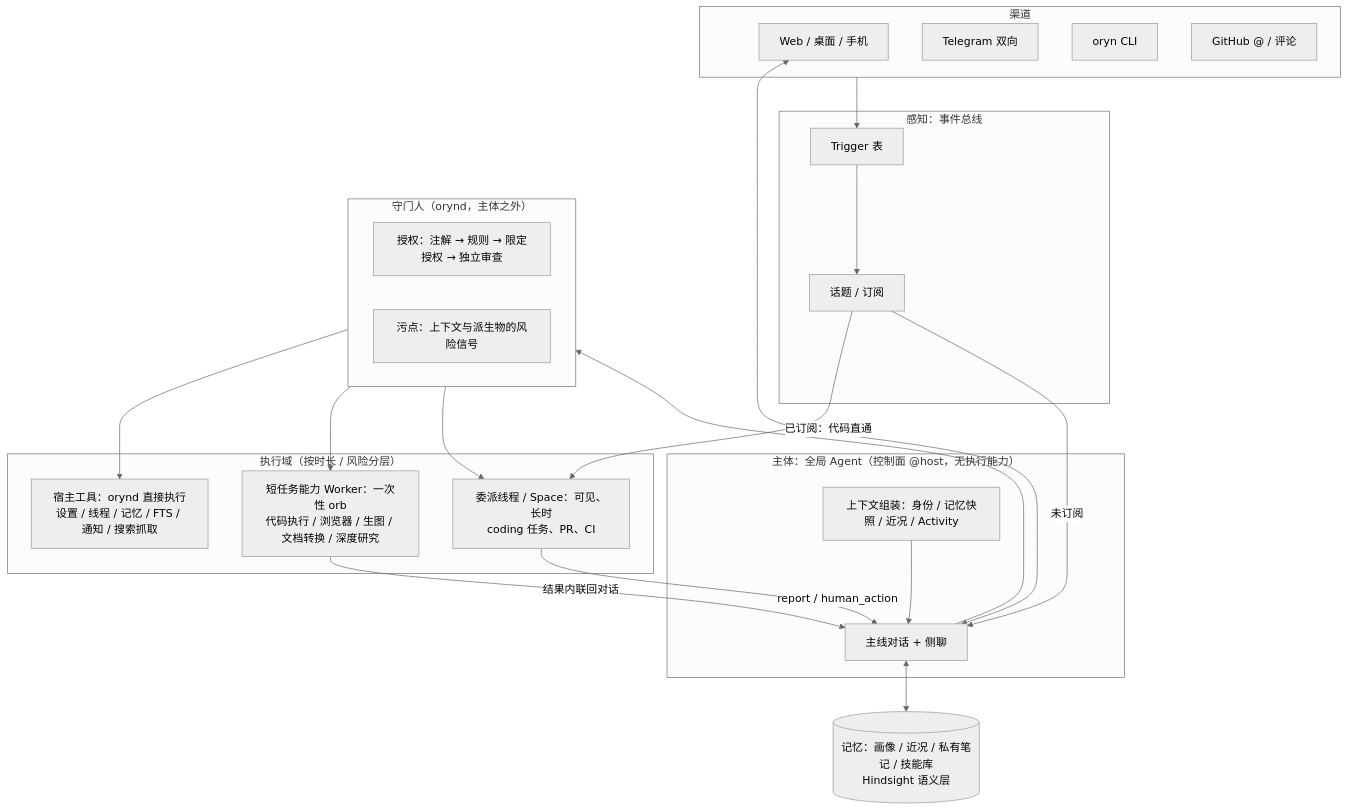
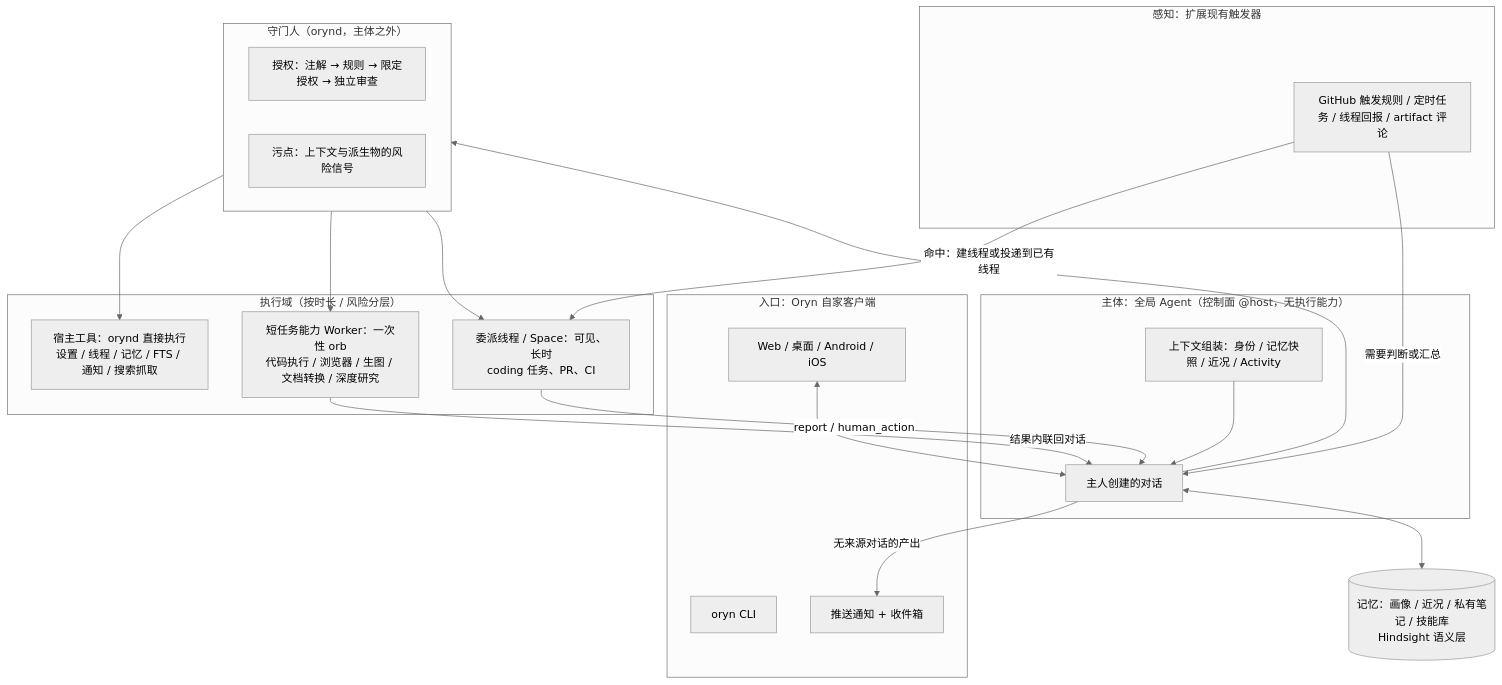
The diagram in docs/research/research-SuperAgent.md (Lynricsy/Oryn), drawn with Mermaid (neutral theme) before and after one commit. The commit also changed other lines of this file, not shown here.

````diff
--- a/docs/research/research-SuperAgent.md
+++ b/docs/research/research-SuperAgent.md
@@ -61,35 +70,34 @@
 ```mermaid
 flowchart TB
-  subgraph CH[渠道]
-    W[Web / 桌面 / 手机] 
-    TG[Telegram 双向]
+  subgraph CH[入口：Oryn 自家客户端]
+    W[Web / 桌面 / Android / iOS]
     CLI[oryn CLI]
-    GH[GitHub @ / 评论]
+    PUSH[推送通知 + 收件箱]
   end
-  subgraph EV[感知：事件总线]
-    TR[Trigger 表] --> TP[话题 / 订阅]
+  subgraph EV[感知：扩展现有触发器]
+    TR[GitHub 触发规则 / 定时任务 / 线程回报 / artifact 评论]
   end
   subgraph P[主体：全局 Agent（控制面 @host，无执行能力）]
-    MAIN[主线对话 + 侧聊]
+    MAIN[主人创建的对话]
     CTX[上下文组装：身份 / 记忆快照 / 近况 / Activity]
   end
   subgraph AUTH[守门人（orynd，主体之外）]
     POL[授权：注解 → 规则 → 限定授权 → 独立审查]
     TAINT[污点：上下文与派生物的风险信号]
   end
   subgraph H[执行域（按时长 / 风险分层）]
     H1[宿主工具：orynd 直接执行<br/>设置 / 线程 / 记忆 / FTS / 通知 / 搜索抓取]
     H2[短任务能力 Worker：一次性 orb<br/>代码执行 / 浏览器 / 生图 / 文档转换 / 深度研究]
     H3[委派线程 / Space：可见、长时<br/>coding 任务、PR、CI]
   end
   MEM[(记忆：画像 / 近况 / 私有笔记 / 技能库<br/>Hindsight 语义层)]
-  CH --> TR
-  TP -- 已订阅：代码直通 --> H3
-  TP -- 未订阅 --> MAIN
+  TR -- 命中：建线程或投递到已有线程 --> H3
+  TR -- 需要判断或汇总 --> MAIN
+  MAIN -- 无来源对话的产出 --> PUSH
   W <--> MAIN
   MAIN --> AUTH --> H1 & H2 & H3
   H2 -- 结果内联回对话 --> MAIN
   H3 -- report / human_action --> MAIN
   MAIN <--> MEM
   CTX --> MAIN
 ```
````
